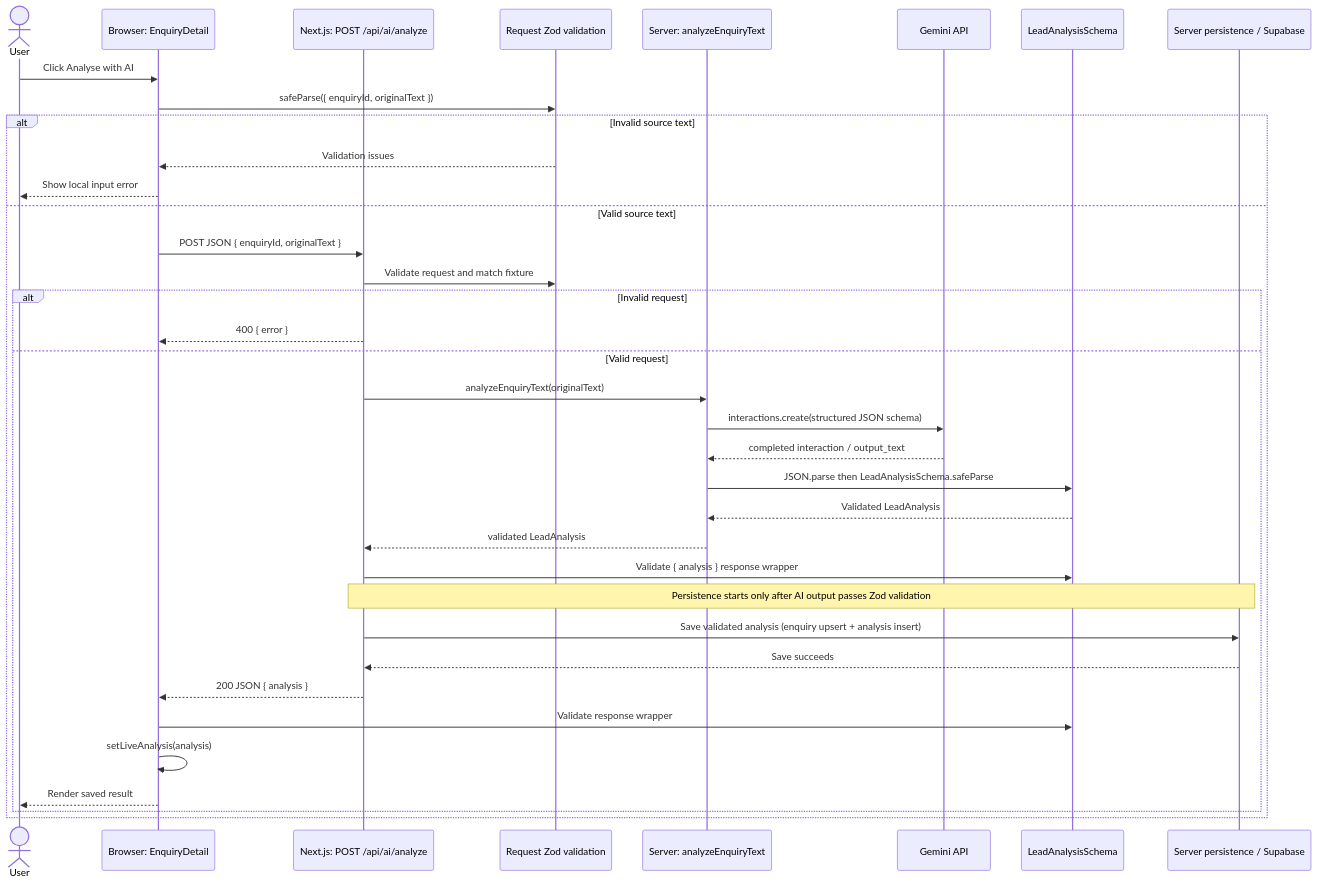
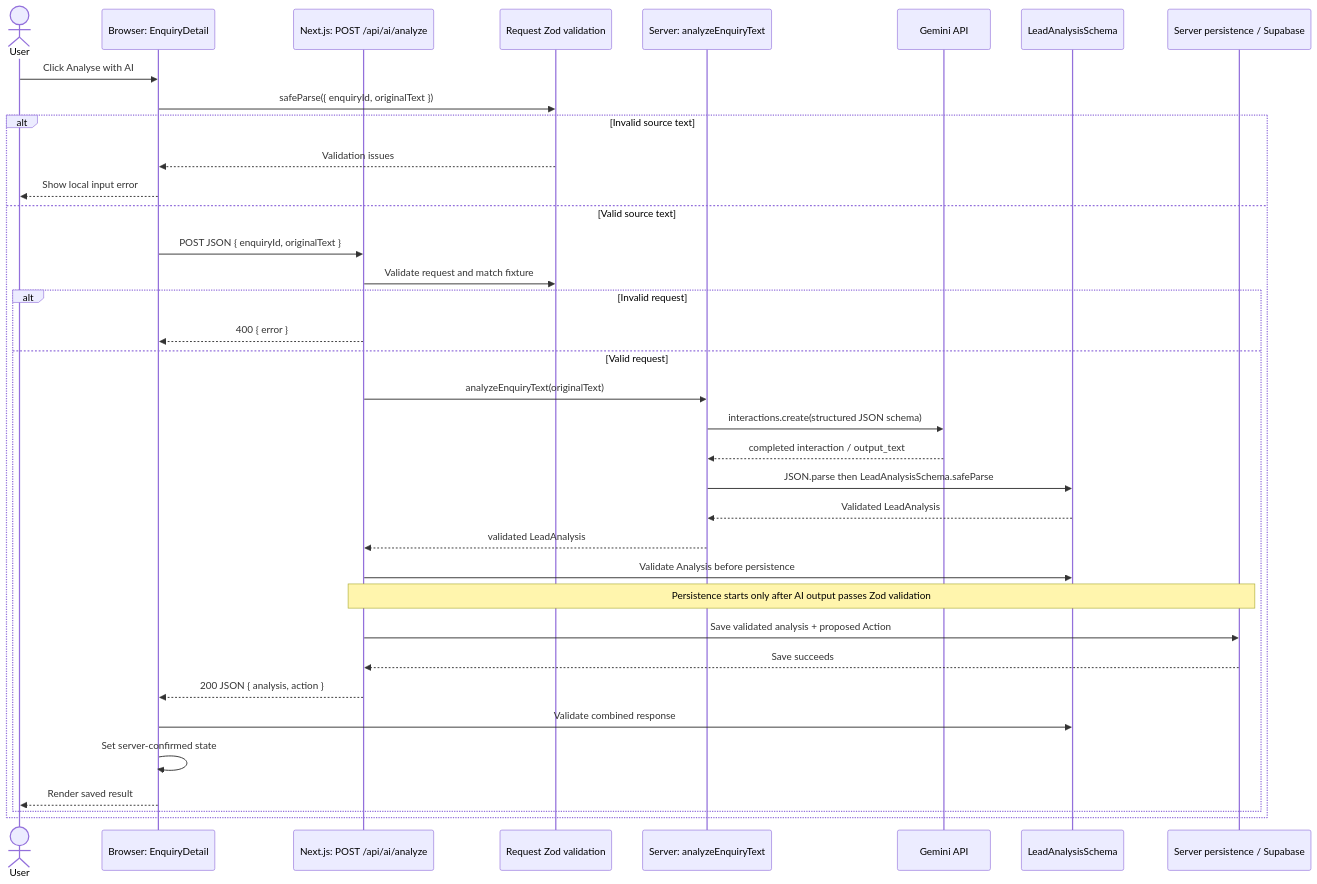
One commit to nthnmillar/morrow-ai-lead changed the second of 2 diagrams in ARCHITECTURE_WALKTHROUGH.md. Above: the diagram before and after it, drawn with Mermaid. The commit also changed other lines of this file and 12 other files, not shown here.

Commit message:
Add persisted actions and human approval flow

````diff
--- a/ARCHITECTURE_WALKTHROUGH.md
+++ b/ARCHITECTURE_WALKTHROUGH.md
@@ -91,39 +94,39 @@
 ```mermaid
 sequenceDiagram
   actor User
   participant UI as Browser: EnquiryDetail
   participant API as Next.js: POST /api/ai/analyze
   participant Request as Request Zod validation
   participant Provider as Server: analyzeEnquiryText
   participant Gemini as Gemini API
   participant Output as LeadAnalysisSchema
   participant DB as Server persistence / Supabase
 
   User->>UI: Click Analyse with AI
   UI->>Request: safeParse({ enquiryId, originalText })
   alt Invalid source text
     Request-->>UI: Validation issues
     UI-->>User: Show local input error
   else Valid source text
     UI->>API: POST JSON { enquiryId, originalText }
     API->>Request: Validate request and match fixture
     alt Invalid request
       API-->>UI: 400 { error }
     else Valid request
       API->>Provider: analyzeEnquiryText(originalText)
       Provider->>Gemini: interactions.create(structured JSON schema)
       Gemini-->>Provider: completed interaction / output_text
       Provider->>Output: JSON.parse then LeadAnalysisSchema.safeParse
       Output-->>Provider: Validated LeadAnalysis
       Provider-->>API: validated LeadAnalysis
-      API->>Output: Validate { analysis } response wrapper
+      API->>Output: Validate Analysis before persistence
       Note over API,DB: Persistence starts only after AI output passes Zod validation
-      API->>DB: Save validated analysis (enquiry upsert + analysis insert)
+      API->>DB: Save validated analysis + proposed Action
       DB-->>API: Save succeeds
-      API-->>UI: 200 JSON { analysis }
-      UI->>Output: Validate response wrapper
-      UI->>UI: setLiveAnalysis(analysis)
+      API-->>UI: 200 JSON { analysis, action }
+      UI->>Output: Validate combined response
+      UI->>UI: Set server-confirmed state
       UI-->>User: Render saved result
     end
   end
 ```
````
